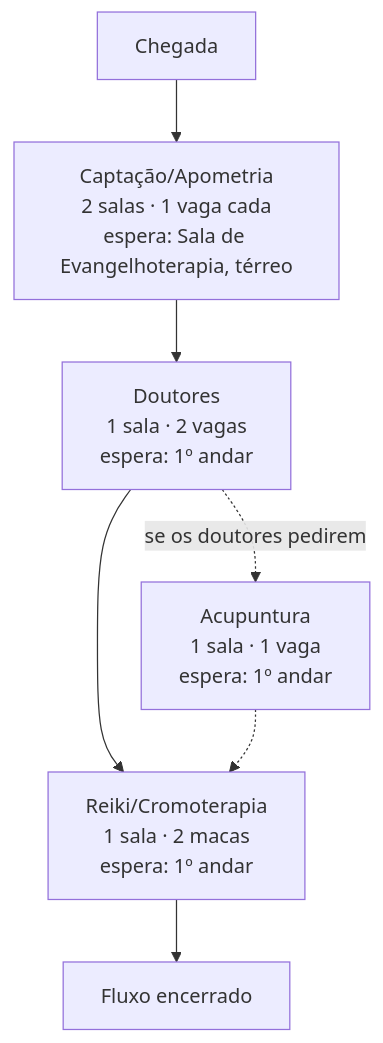
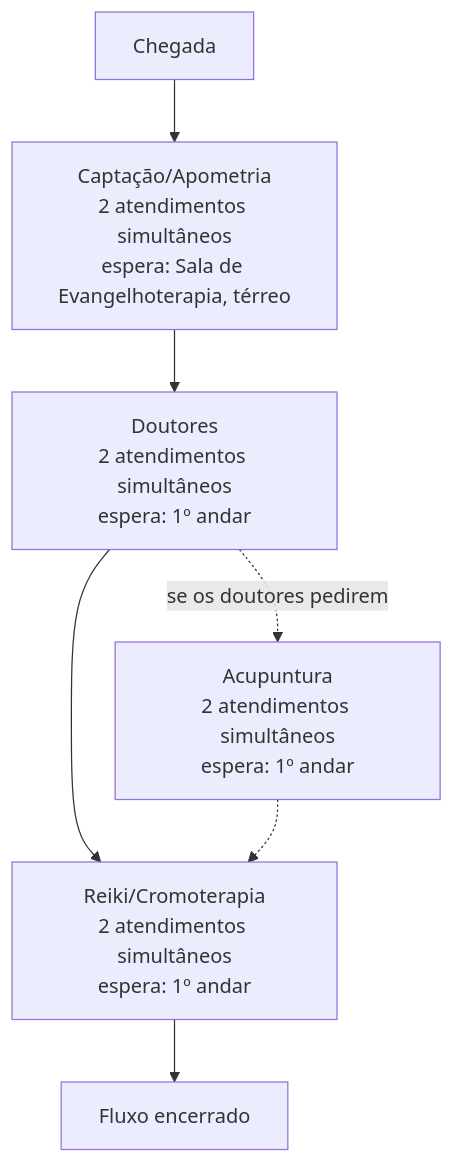
The first of 4 diagrams in docs/fluxos/5-bio.md (ZeRobertoMagalhaes/Gelf_Painel-chamadas-tv-filas), drawn with Mermaid before and after one commit. The commit also changed other lines of this file and 26 other files, not shown here.

First line of the commit message:
Bio: retira a sala pronta e passa todas as etapas a 2 atendimentos simultâneos

````diff
--- a/docs/fluxos/5-bio.md
+++ b/docs/fluxos/5-bio.md
@@ -17,9 +17,9 @@
 ```mermaid
 flowchart TD
-    A[Chegada] --> B[Captação/Apometria<br/>2 salas · 1 vaga cada<br/>espera: Sala de Evangelhoterapia, térreo]
-    B --> C[Doutores<br/>1 sala · 2 vagas<br/>espera: 1º andar]
-    C -.->|se os doutores pedirem| E[Acupuntura<br/>1 sala · 1 vaga<br/>espera: 1º andar]
-    C --> D[Reiki/Cromoterapia<br/>1 sala · 2 macas<br/>espera: 1º andar]
+    A[Chegada] --> B[Captação/Apometria<br/>2 atendimentos simultâneos<br/>espera: Sala de Evangelhoterapia, térreo]
+    B --> C[Doutores<br/>2 atendimentos simultâneos<br/>espera: 1º andar]
+    C -.->|se os doutores pedirem| E[Acupuntura<br/>2 atendimentos simultâneos<br/>espera: 1º andar]
+    C --> D[Reiki/Cromoterapia<br/>2 atendimentos simultâneos<br/>espera: 1º andar]
     E -.-> D
     D --> F[Fluxo encerrado]
 ```
````
